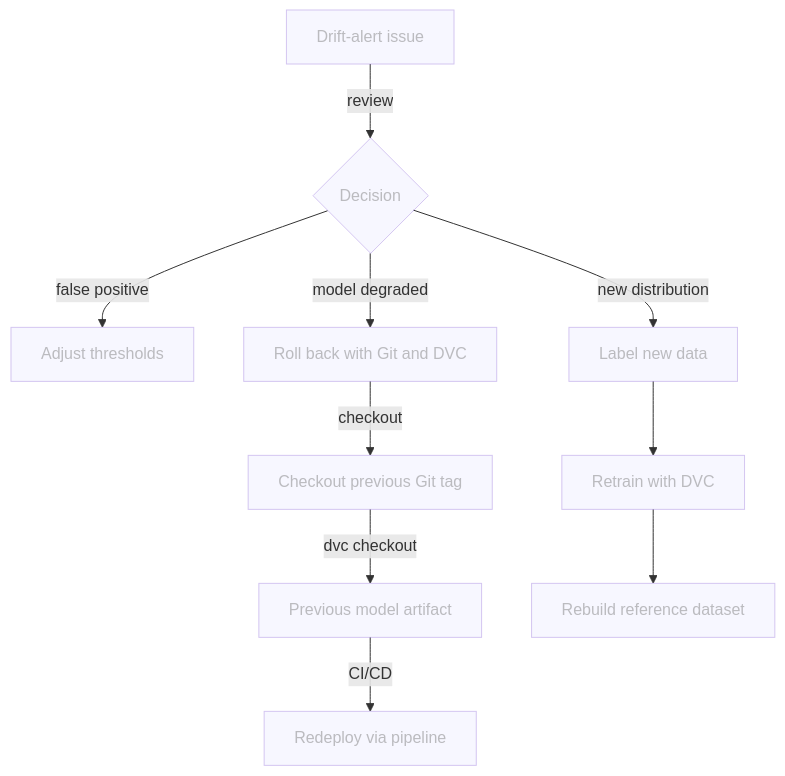
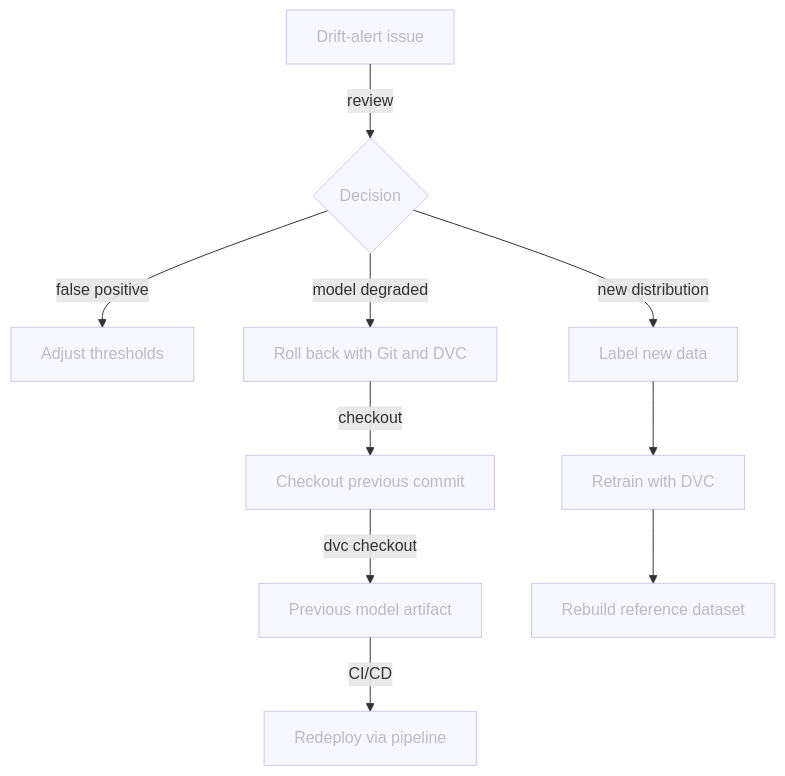
The diagram in docs/part-4-monitor-and-maintain/chapter-45-review-drift-alerts-and-decide-on-action.md (swiss-ai-center/a-guide-to-mlops), drawn with Mermaid before and after one commit. The commit also changed other lines of this file, not shown here.

Commit message:
Simplify wording and remove Git tag aside in chapter 4.5

````diff
--- a/docs/part-4-monitor-and-maintain/chapter-45-review-drift-alerts-and-decide-on-action.md
+++ b/docs/part-4-monitor-and-maintain/chapter-45-review-drift-alerts-and-decide-on-action.md
@@ -35,23 +34,23 @@
 ```mermaid
 flowchart TB
     issue[Drift-alert issue] -->|review| decision{Decision}
     decision -->|false positive| tune[Adjust thresholds]
     decision -->|model degraded| rollback[Roll back with Git and DVC]
-    rollback -->|checkout| git_rollback[Checkout previous Git tag]
+    rollback -->|checkout| git_rollback[Checkout previous commit]
     git_rollback -->|dvc checkout| old_model[Previous model artifact]
     old_model -->|CI/CD| redeploy[Redeploy via pipeline]
     decision -->|new distribution| label[Label new data]
     label --> retrain[Retrain with DVC]
     retrain --> new_reference[Rebuild reference dataset]
 
     style issue opacity:0.4,color:#7f7f7f80
     style decision opacity:0.4,color:#7f7f7f80
     style tune opacity:0.4,color:#7f7f7f80
     style rollback opacity:0.4,color:#7f7f7f80
     style git_rollback opacity:0.4,color:#7f7f7f80
     style old_model opacity:0.4,color:#7f7f7f80
     style redeploy opacity:0.4,color:#7f7f7f80
     style label opacity:0.4,color:#7f7f7f80
     style retrain opacity:0.4,color:#7f7f7f80
     style new_reference opacity:0.4,color:#7f7f7f80
 ```
````
